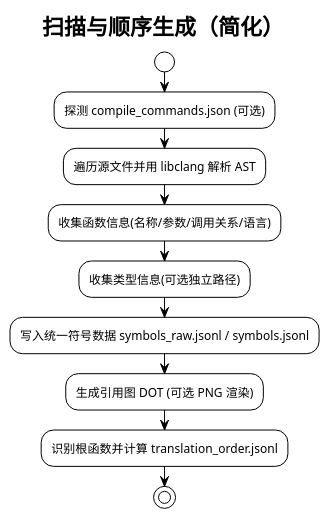
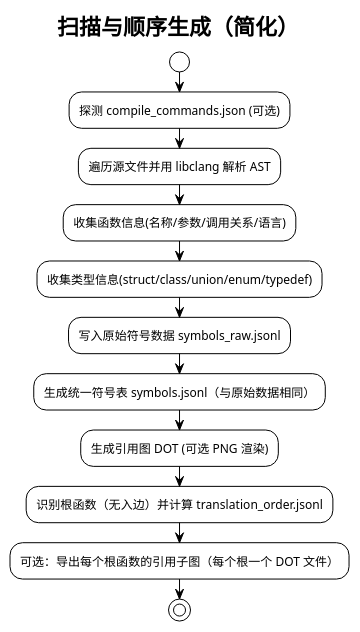
Diagram 46 of 60 in 技术报告.md (skyfireitdiy/Jarvis), drawn with PlantUML before and after one commit. The commit also changed other lines of this file, not shown here.

````diff
--- a/技术报告.md
+++ b/技术报告.md
@@ -3129,16 +3296,18 @@
 ```plantuml
 @startuml
 !theme plain
 title 扫描与顺序生成（简化）
 
 start
 :探测 compile_commands.json (可选);
 :遍历源文件并用 libclang 解析 AST;
 :收集函数信息(名称/参数/调用关系/语言);
-:收集类型信息(可选独立路径);
-:写入统一符号数据 symbols_raw.jsonl / symbols.jsonl;
+:收集类型信息(struct/class/union/enum/typedef);
+:写入原始符号数据 symbols_raw.jsonl;
+:生成统一符号表 symbols.jsonl（与原始数据相同）;
 :生成引用图 DOT (可选 PNG 渲染);
-:识别根函数并计算 translation_order.jsonl;
+:识别根函数（无入边）并计算 translation_order.jsonl;
+:可选：导出每个根函数的引用子图（每个根一个 DOT 文件）;
 stop
 @enduml
 ```
````
